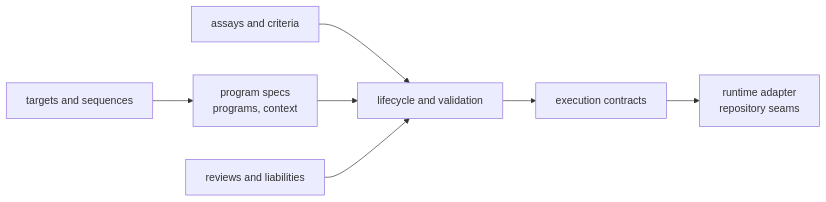
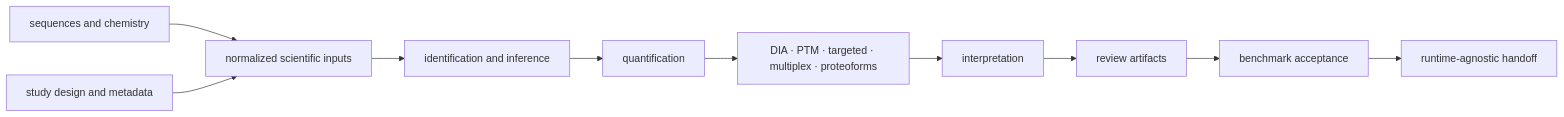
Before and after one commit to bijux/bijux-proteomics: the first of 2 diagrams in docs/04-bijux-proteomics-core/architecture/index.md, drawn with Mermaid. The commit also changed other lines of this file and 3 other files, not shown here.

Commit message:
docs(core): expose scientific workflow review paths

````diff
--- a/docs/04-bijux-proteomics-core/architecture/index.md
+++ b/docs/04-bijux-proteomics-core/architecture/index.md
@@ -17,16 +19,12 @@
 ```mermaid
 flowchart LR
-    targets["targets and sequences"]
-    programs["program specs<br/>programs, context"]
-    assays["assays and criteria"]
-    reviews["reviews and liabilities"]
-    lifecycle["lifecycle and validation"]
-    execution["execution contracts"]
-    adapters["runtime adapter<br/>repository seams"]
-
-    targets --> programs
-    assays --> lifecycle
-    programs --> lifecycle
-    reviews --> lifecycle
-    lifecycle --> execution --> adapters
+    S["sequences and chemistry"] --> I["normalized scientific inputs"]
+    D["study design and metadata"] --> I
+    I --> P["identification and inference"]
+    P --> Q["quantification"]
+    Q --> W["DIA · PTM · targeted · multiplex · proteoforms"]
+    W --> X["interpretation"]
+    X --> R["review artifacts"]
+    R --> B["benchmark acceptance"]
+    B --> H["runtime-agnostic handoff"]
 ```
````
